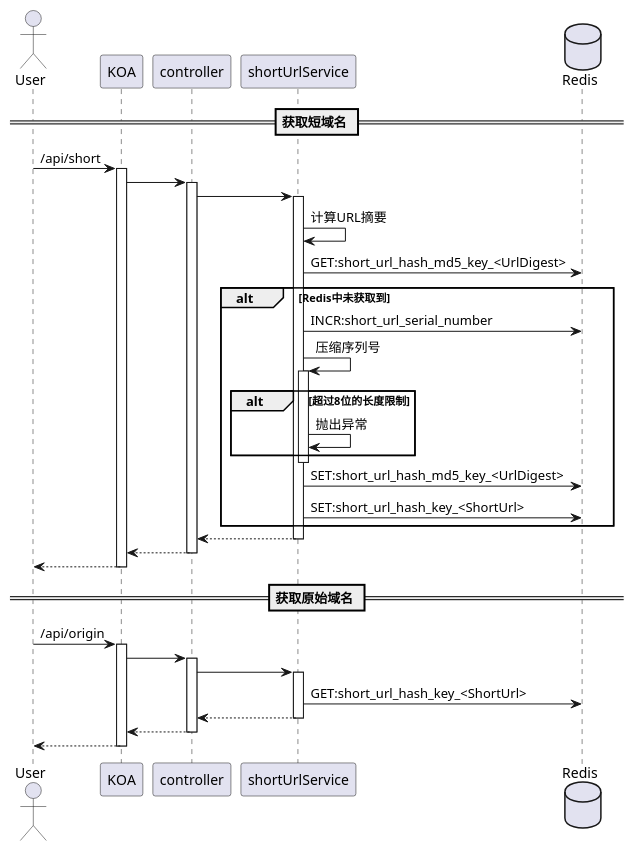
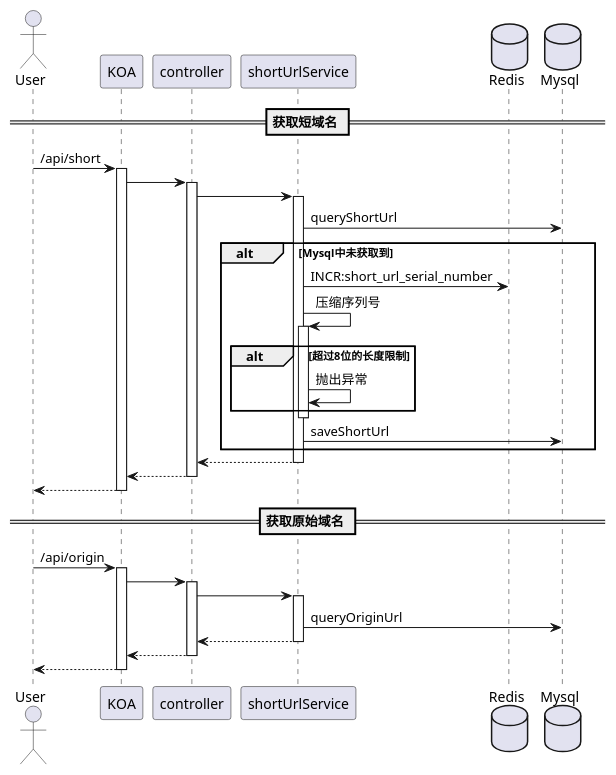
Before and after one commit to hongshancapital/interview-assignments: the diagram in fullstack/short-url-demo/doc/Diagram/shortUrlSequence.puml, drawn with PlantUML. The commit also changed 21 other files, not shown here.

```diff
--- a/fullstack/short-url-demo/doc/Diagram/shortUrlSequence.puml
+++ b/fullstack/short-url-demo/doc/Diagram/shortUrlSequence.puml
@@ -1,34 +1,33 @@
 @startuml
 actor User as user
 participant KOA as koa
 participant controller as ctl
 participant shortUrlService as service
 database Redis as redis
+database Mysql as db
 == 获取短域名 ==
 user -> koa++: /api/short
     koa -> ctl++
         ctl -> service++
-            service -> service: 计算URL摘要
-            service -> redis:GET:short_url_hash_md5_key_<UrlDigest>
-            alt Redis中未获取到
+            service -> db:queryShortUrl
+            alt Mysql中未获取到
                 service -> redis:INCR:short_url_serial_number
                 service -> service++: 压缩序列号
                     alt 超过8位的长度限制
                         service -> service: 抛出异常
                     end
                 deactivate
-                service -> redis:SET:short_url_hash_md5_key_<UrlDigest>
-                service -> redis:SET:short_url_hash_key_<ShortUrl>
+                service -> db:saveShortUrl
             end
         return
     return
 return
 == 获取原始域名 ==
 user -> koa++: /api/origin
     koa -> ctl++
         ctl -> service++
-            service -> redis:GET:short_url_hash_key_<ShortUrl>
+            service -> db:queryOriginUrl
         return
     return
 return
 @enduml
```
